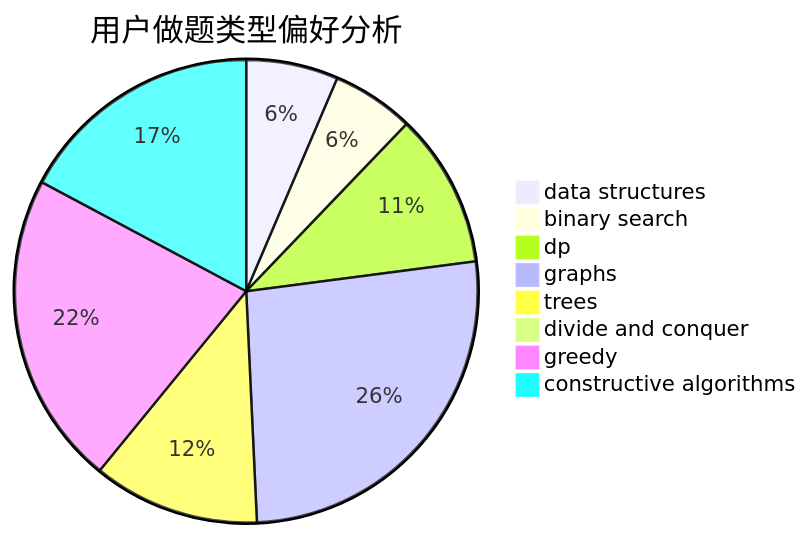
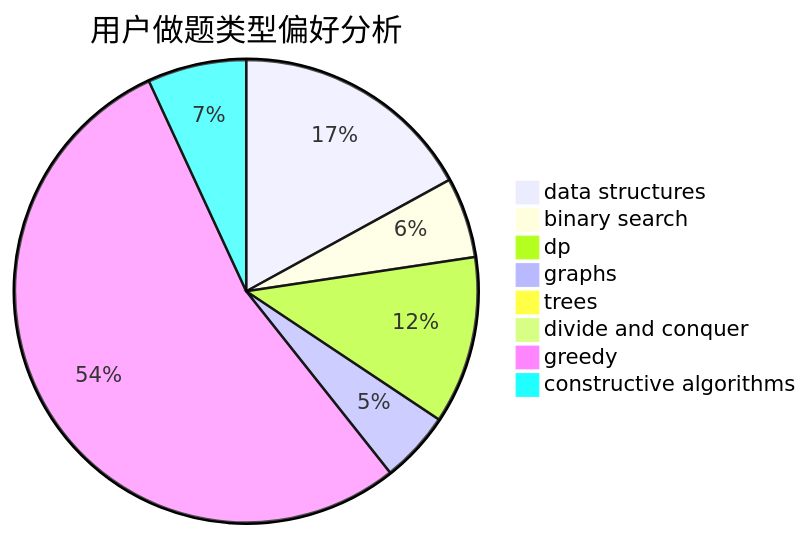
The second of 3 diagrams in docs/user/u106.md (sherpahu/cfrs.github.io), drawn with Mermaid before and after one commit. The commit also changed other lines of this file and 2770 other files, not shown here.

````diff
--- a/docs/user/u106.md
+++ b/docs/user/u106.md
@@ -23,11 +23,11 @@
 ```mermaid
 pie title 用户做题类型偏好分析
-    "data structures" :  74
-    "binary search" :  66
-    "dp" :  124
-    "graphs" :  303
-    "trees" :  134
+    "data structures" :  106
+    "binary search" :  35
+    "dp" :  73
+    "graphs" :  31
+    "trees" :  0
     "divide and conquer" :  0
-    "greedy" :  252
-    "constructive algorithms" :  198
+    "greedy" :  335
+    "constructive algorithms" :  43
 ```
````
